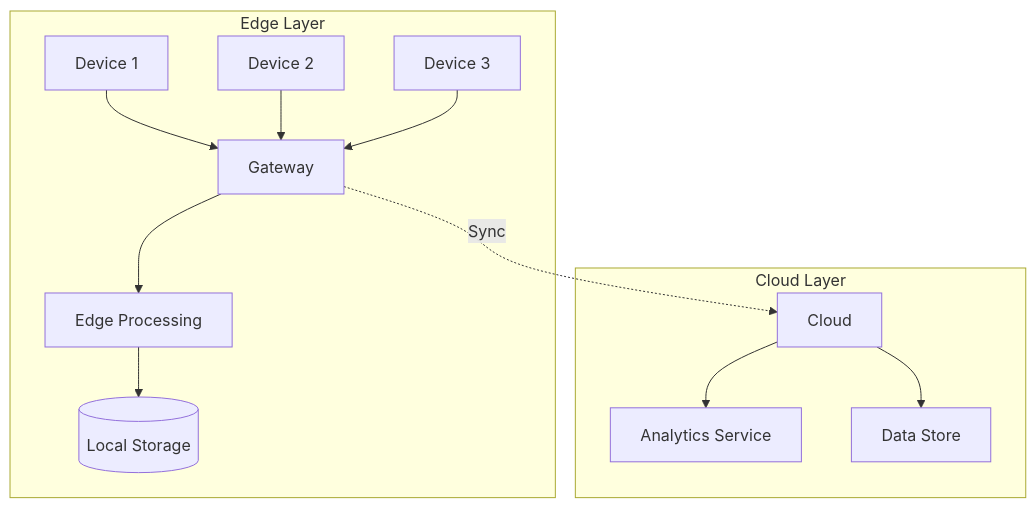
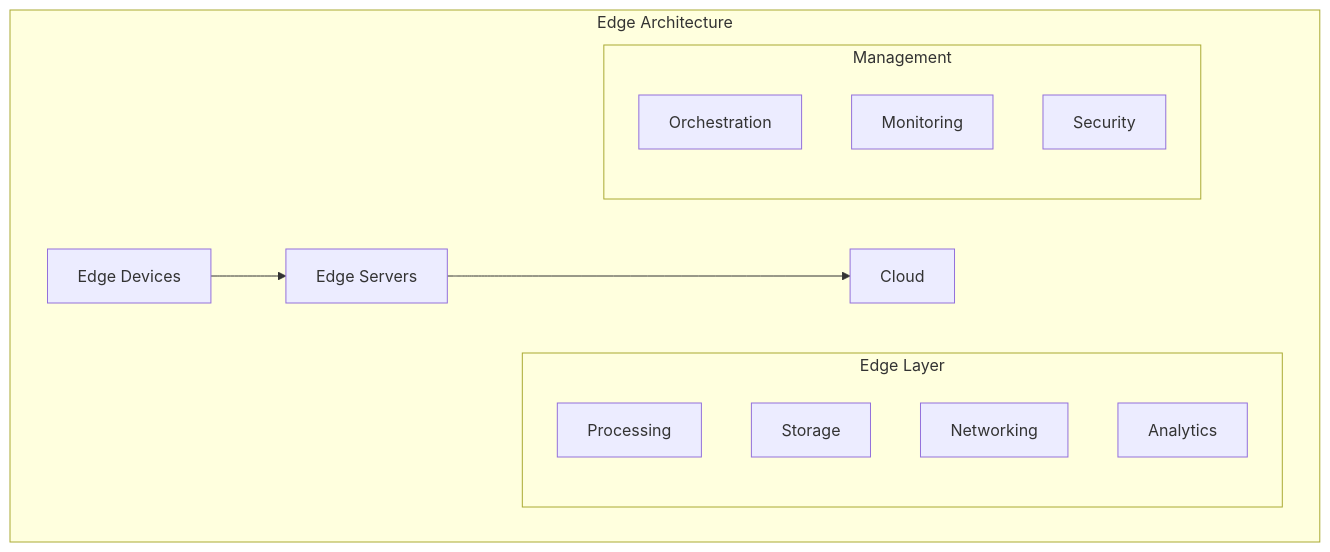
Before and after one commit to saravanakumarrc/Architecture_Journey: the second of 3 diagrams in src/Edge_Computing_Architectures.md, drawn with Mermaid. The commit also changed other lines of this file and 6 other files, not shown here.

First line of the commit message:
Refactor observability documentation: streamline sections, enhance clarity, and update diagrams for better understanding of monitoring components and patterns.

````diff
--- a/src/Edge_Computing_Architectures.md
+++ b/src/Edge_Computing_Architectures.md
@@ -35,17 +33,20 @@
 ```mermaid
 graph TB
-    subgraph "Edge Layer"
-        D1[Device 1] --> G[Gateway]
-        D2[Device 2] --> G
-        D3[Device 3] --> G
+    subgraph "Edge Architecture"
+        ED[Edge Devices] --> ES[Edge Servers]
+        ES --> C[Cloud]
         
-        G --> EP[Edge Processing]
-        EP --> LS[(Local Storage)]
-    end
-    
-    subgraph "Cloud Layer"
-        G -.-> |Sync| C[Cloud]
-        C --> AS[Analytics Service]
-        C --> DS[Data Store]
+        subgraph "Edge Layer"
+            P[Processing]
+            S[Storage]
+            N[Networking]
+            A[Analytics]
+        end
+        
+        subgraph "Management"
+            O[Orchestration]
+            M[Monitoring]
+            SC[Security]
+        end
     end
 ```
````
